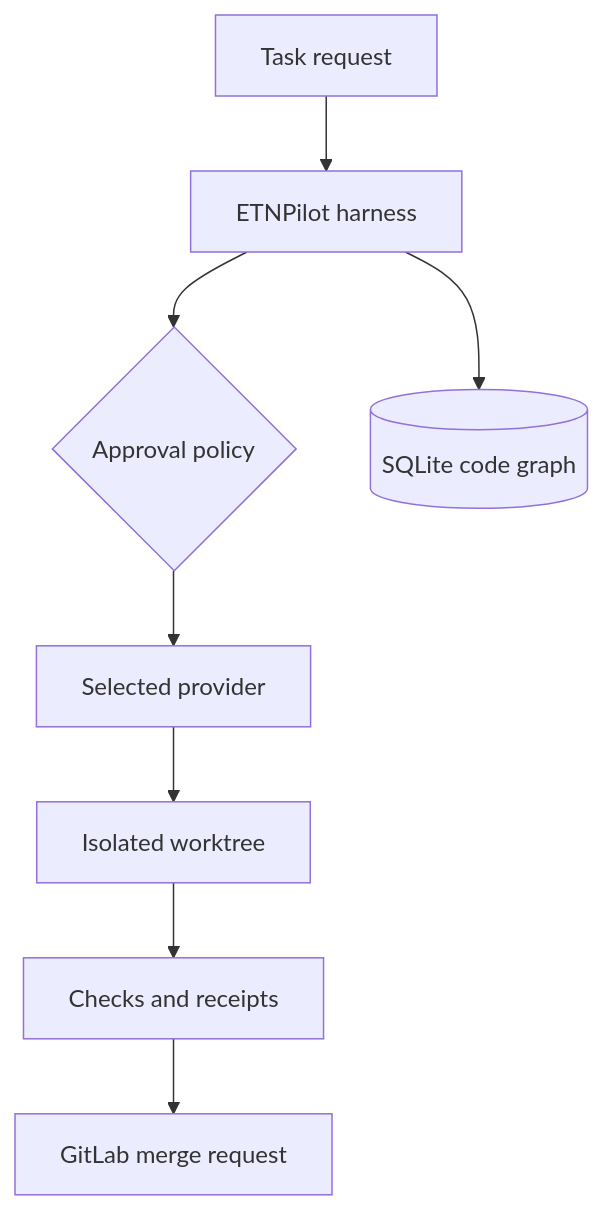
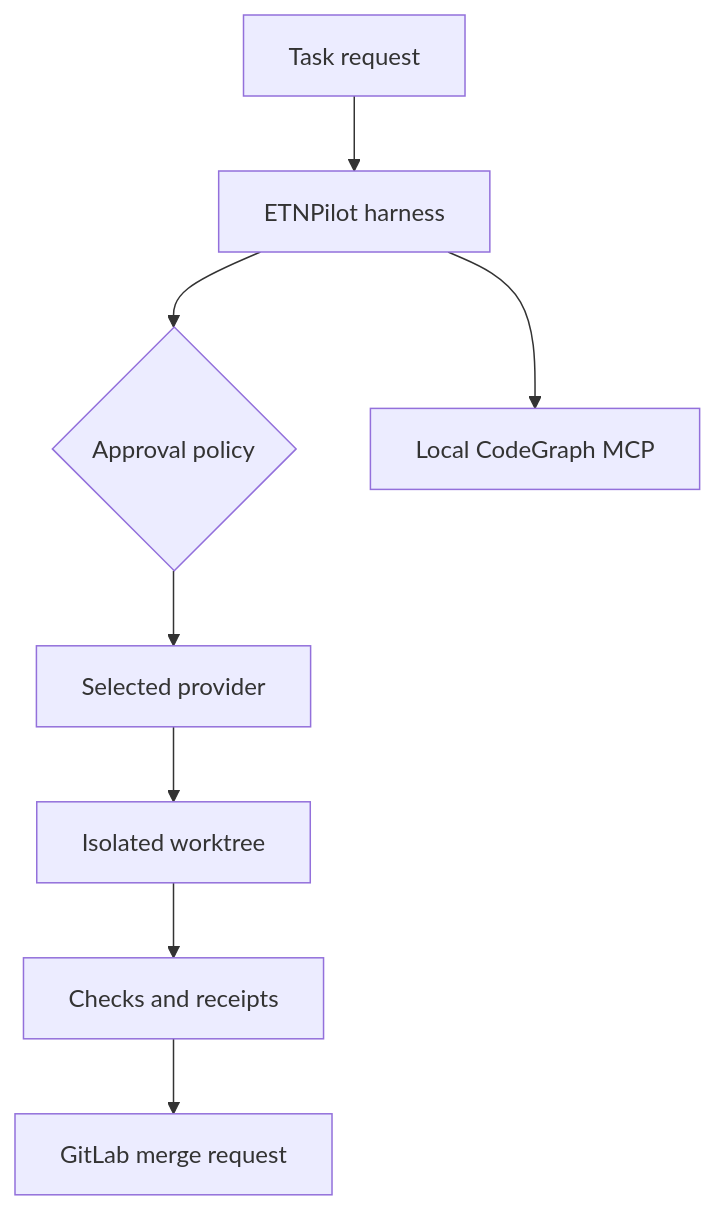
Before and after one commit to peter91v/ETNPILOT: the diagram in docs/architecture.md, drawn with Mermaid. The commit also changed other lines of this file and 20 other files, not shown here.

Commit message:
feat: integrate CodeGraph over local MCP

````diff
--- a/docs/architecture.md
+++ b/docs/architecture.md
@@ -25,10 +25,10 @@
 ```mermaid
 flowchart TD
     Request[Task request] --> Harness[ETNPilot harness]
     Harness --> Policy{Approval policy}
     Policy --> Provider[Selected provider]
     Provider --> Worktree[Isolated worktree]
     Worktree --> Checks[Checks and receipts]
     Checks --> MR[GitLab merge request]
-    Harness --> Graph[(SQLite code graph)]
+    Harness --> Graph[Local CodeGraph MCP]
 ```
````
